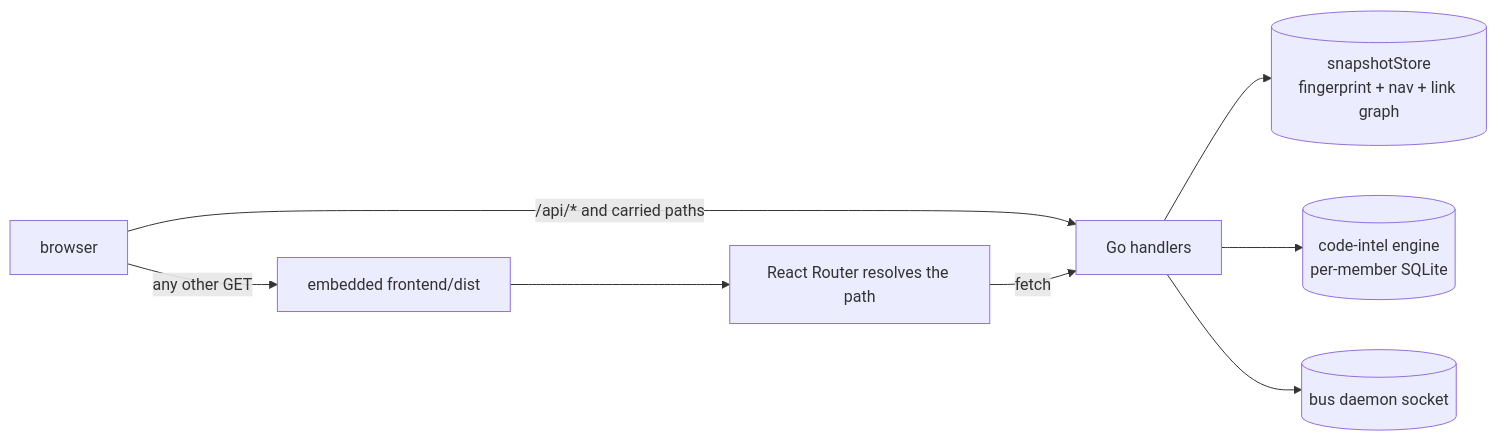
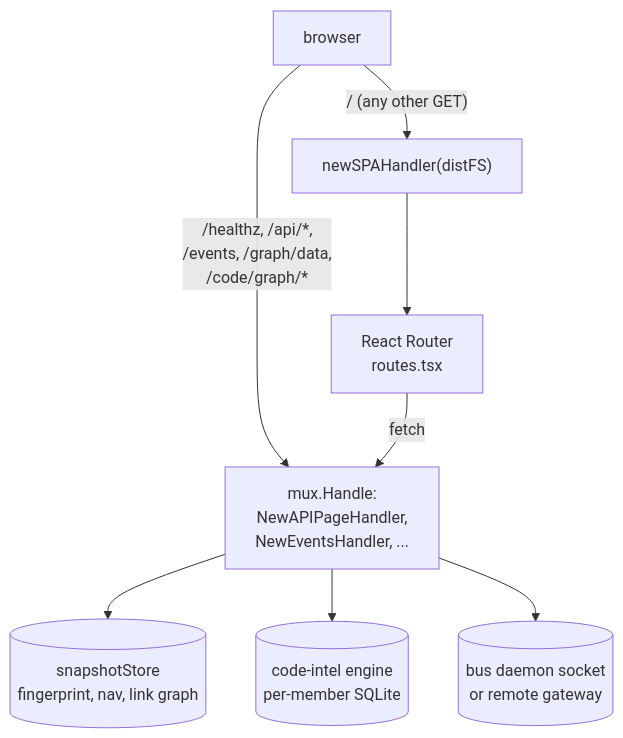
The first of 10 diagrams in docs/wiki/serve.md (damusix/atomic-claude), drawn with Mermaid before and after one commit. The commit also changed other lines of this file and 19 other files, not shown here.

````diff
--- a/docs/wiki/serve.md
+++ b/docs/wiki/serve.md
@@ -25,10 +32,11 @@
 ```mermaid
-flowchart LR
-    B[browser] -->|/api/* and carried paths| API[Go handlers]
-    B -->|any other GET| SPA[embedded frontend/dist]
-    SPA --> RR[React Router resolves the path]
+flowchart TD
+    %% source: docs/design/serve-react-frontend.md; atomic/internal/serve/serve.go, snapshot.go, codeexplorer.go, api_bus.go
+    B["browser"] -->|"/healthz, /api/*,<br/>/events, /graph/data,<br/>/code/graph/*"| API["mux.Handle:<br/>NewAPIPageHandler,<br/>NewEventsHandler, ..."]
+    B -->|"/ (any other GET)"| SPA["newSPAHandler(distFS)"]
+    SPA --> RR["React Router<br/>routes.tsx"]
     RR -->|fetch| API
-    API --> S[(snapshotStore<br/>fingerprint + nav + link graph)]
-    API --> CE[(code-intel engine<br/>per-member SQLite)]
-    API --> BUS[(bus daemon socket)]
+    API --> S[("snapshotStore<br/>fingerprint, nav, link graph")]
+    API --> CE[("code-intel engine<br/>per-member SQLite")]
+    API --> BUS[("bus daemon socket<br/>or remote gateway")]
 ```
````
